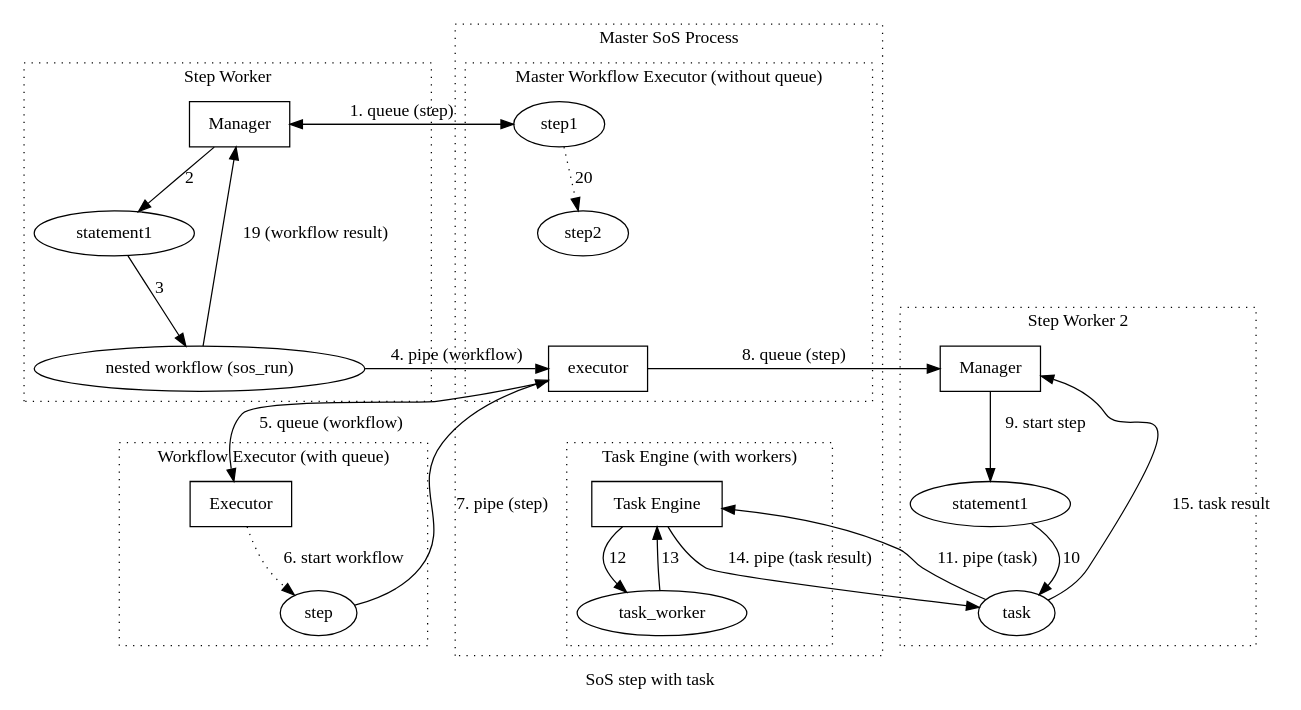
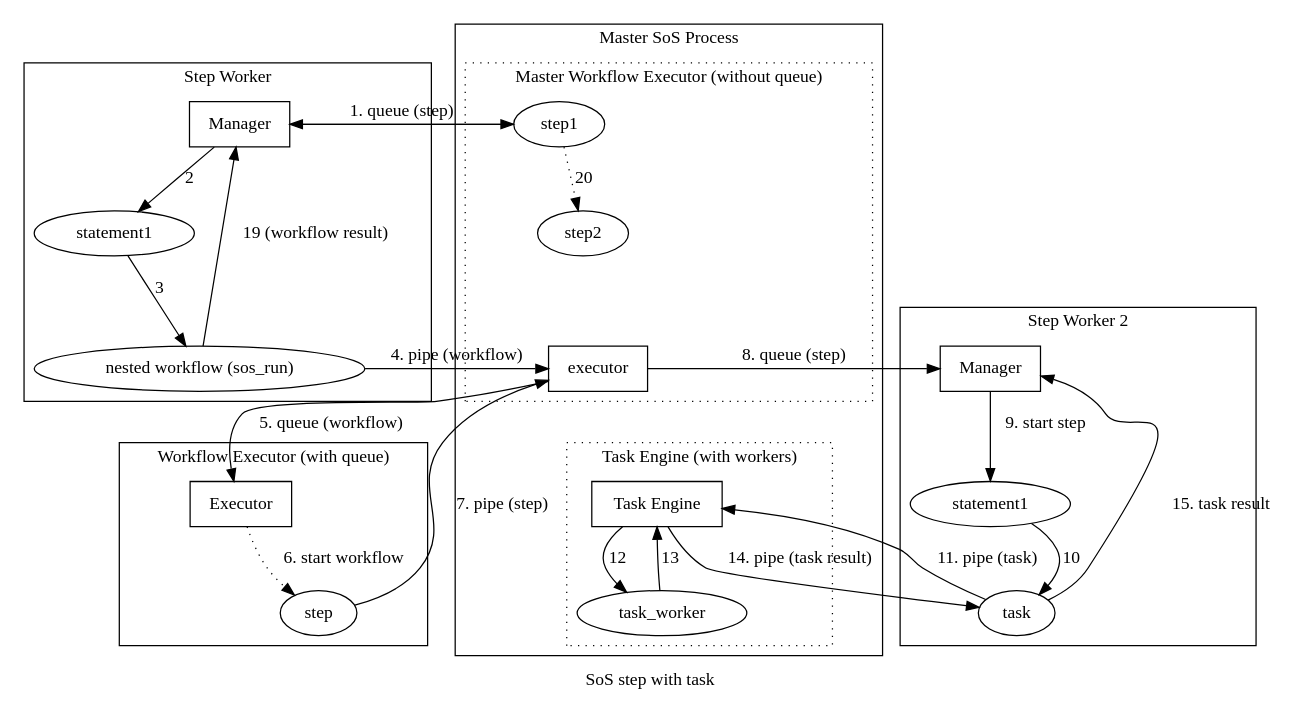
One commit to jirikuncar/SOS changed the diagram in docs/doc/media/nested_workflow.dot. Above: the diagram before and after it, drawn with Graphviz.

Commit message:
Add illustration for nested workflow

```diff
--- a/docs/doc/media/nested_workflow.dot
+++ b/docs/doc/media/nested_workflow.dot
@@ -1,64 +1,57 @@
 digraph job_queue{
 	/* source nodes */
 	 label="SoS step with task";
 	 subgraph cluster_3 {
 		label="Master SoS Process";
-		style=dotted;
 		rankdir = "TB";
 		subgraph cluster_4 {
 			label="Master Workflow Executor (without queue)";
 			style=dotted;
 			step1 -> step2 [style=dotted, label="20"];
 			executor[shape=box];
 			step2 -> executor[style=invis];
 		}
 		subgraph cluster_5 {
 			label="Task Engine (with workers)";
 			style="dotted";
 			task_engine [label="Task Engine", shape=box];
 
 			task_engine -> task_worker[label="12"];
 			task_worker -> task_engine[label="13"];
 		}
 	}
 	subgraph cluster_6 {
-		style=dotted;
 		label="Step Worker";
-		style=dotted;
 		worker2[shape=box, label="Manager"];
 		statement4 [label="statement1"];
 		workflow[label="nested workflow (sos_run)"];
 		worker2 -> statement4 [label="2"];
 		statement4 -> workflow [label="3"];
 		workflow -> worker2 [label="19 (workflow result)"];
 	}
 	subgraph cluster_7 {
-		style=dotted;
 		label="Workflow Executor (with queue)";
-		style=dotted;
 		wfworker[shape=box, label="Executor"];
 		wfworker -> step3[style=dotted, label="6. start workflow"];
 		step3[label="step"];
 	}
 	subgraph cluster_8 {
-		style=dotted;
 		label="Step Worker 2";
-		style=dotted;
 		worker3[shape=box, label="Manager"];
 		worker3->statement5 [label="9. start step"];
 		statement5 [label="statement1"];
 		statement5 -> task [label="10"];
 	}
 	workflow->wfworker [style=invis];
 	executor -> task_engine[style=invis];
 	step1 -> worker2 [label="1. queue (step)"];
 	worker2 -> step1; 
 	workflow -> executor[label="4. pipe (workflow)"];
 	executor -> workflow [style=invis];
 	executor -> wfworker [label="5. queue (workflow)"];
 	task -> task_engine [label="11. pipe (task)"];
 	task_engine -> task [label="14. pipe (task result)"];
 	step3 -> executor [label="7. pipe (step)"];
 	executor -> worker3 [label="8. queue (step)"];
 	task -> worker3 [label="15. task result"];
 }
```
